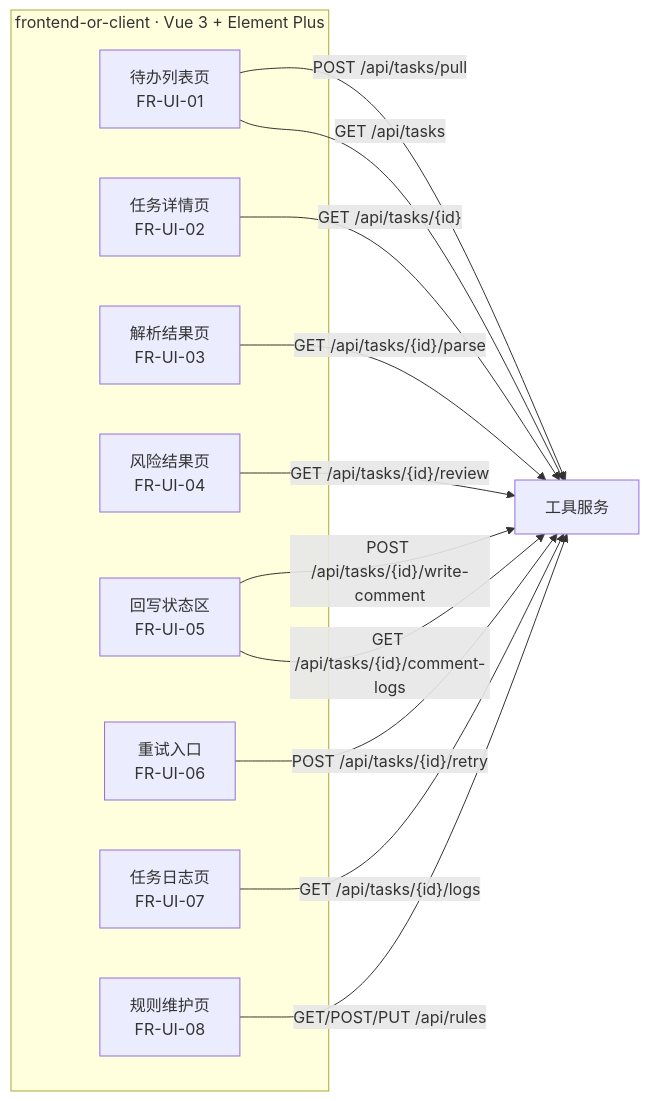
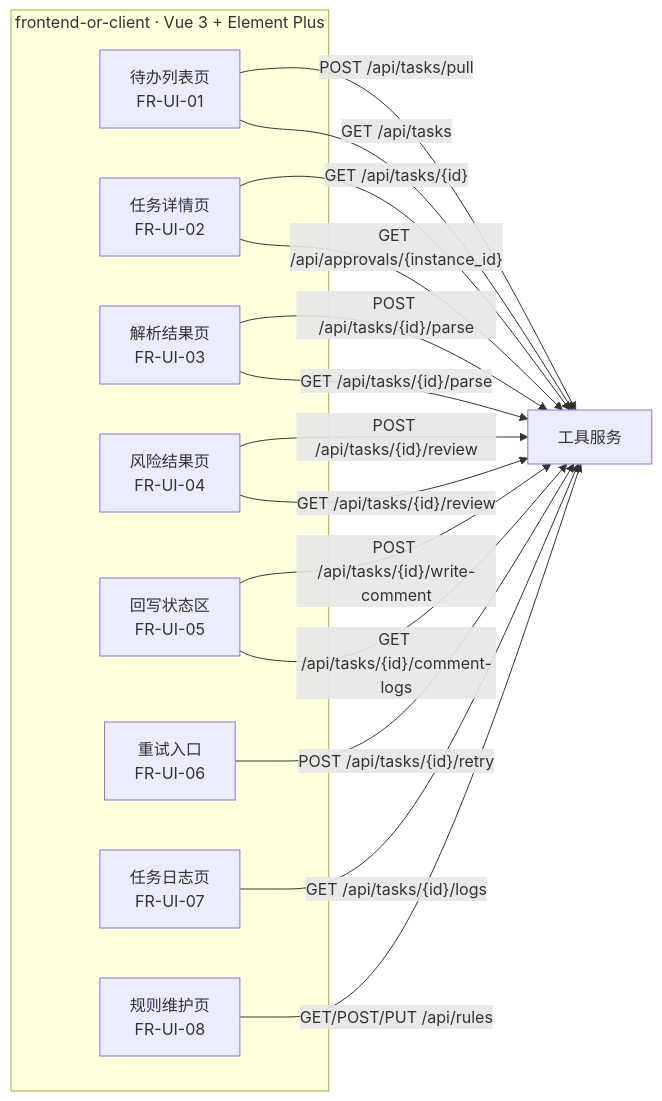
One commit to lihaozhen-max/ClauseGuard changed diagram 13 of 15 in docs/架构图.md. Above: the diagram before and after it, drawn with Mermaid. The commit also changed other lines of this file and 2 other files, not shown here.

First line of the commit message:
docs(架构): 架构图同步到 v1.1 —— 加"给小白"的讲解层 + 修正 7 处与代码脱节

````diff
--- a/docs/架构图.md
+++ b/docs/架构图.md
@@ -677,23 +908,26 @@
 ```mermaid
 flowchart LR
     subgraph APP["frontend-or-client · Vue 3 + Element Plus"]
         V1["待办列表页<br/>FR-UI-01"]
         V2["任务详情页<br/>FR-UI-02"]
         V3["解析结果页<br/>FR-UI-03"]
         V4["风险结果页<br/>FR-UI-04"]
         V5["回写状态区<br/>FR-UI-05"]
         V6["重试入口<br/>FR-UI-06"]
         V7["任务日志页<br/>FR-UI-07"]
         V8["规则维护页<br/>FR-UI-08"]
     end
     V1 -->|"POST /api/tasks/pull"| API["工具服务"]
     V1 -->|"GET /api/tasks"| API
     V2 -->|"GET /api/tasks/{id}"| API
+    V2 -->|"GET /api/approvals/{instance_id}"| API
+    V3 -->|"POST /api/tasks/{id}/parse"| API
     V3 -->|"GET /api/tasks/{id}/parse"| API
+    V4 -->|"POST /api/tasks/{id}/review"| API
     V4 -->|"GET /api/tasks/{id}/review"| API
     V5 -->|"POST /api/tasks/{id}/write-comment"| API
     V5 -->|"GET /api/tasks/{id}/comment-logs"| API
     V6 -->|"POST /api/tasks/{id}/retry"| API
     V7 -->|"GET /api/tasks/{id}/logs"| API
     V8 -->|"GET/POST/PUT /api/rules"| API
 ```
````
